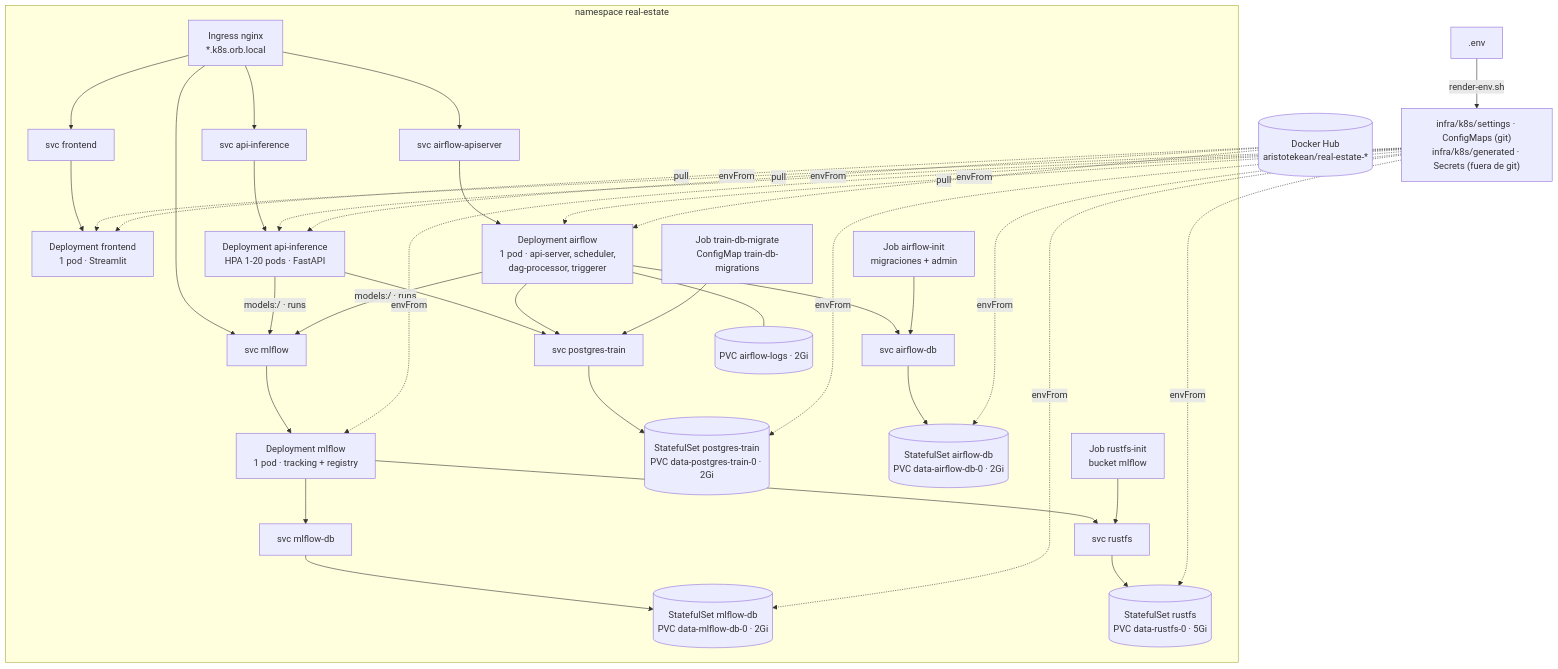
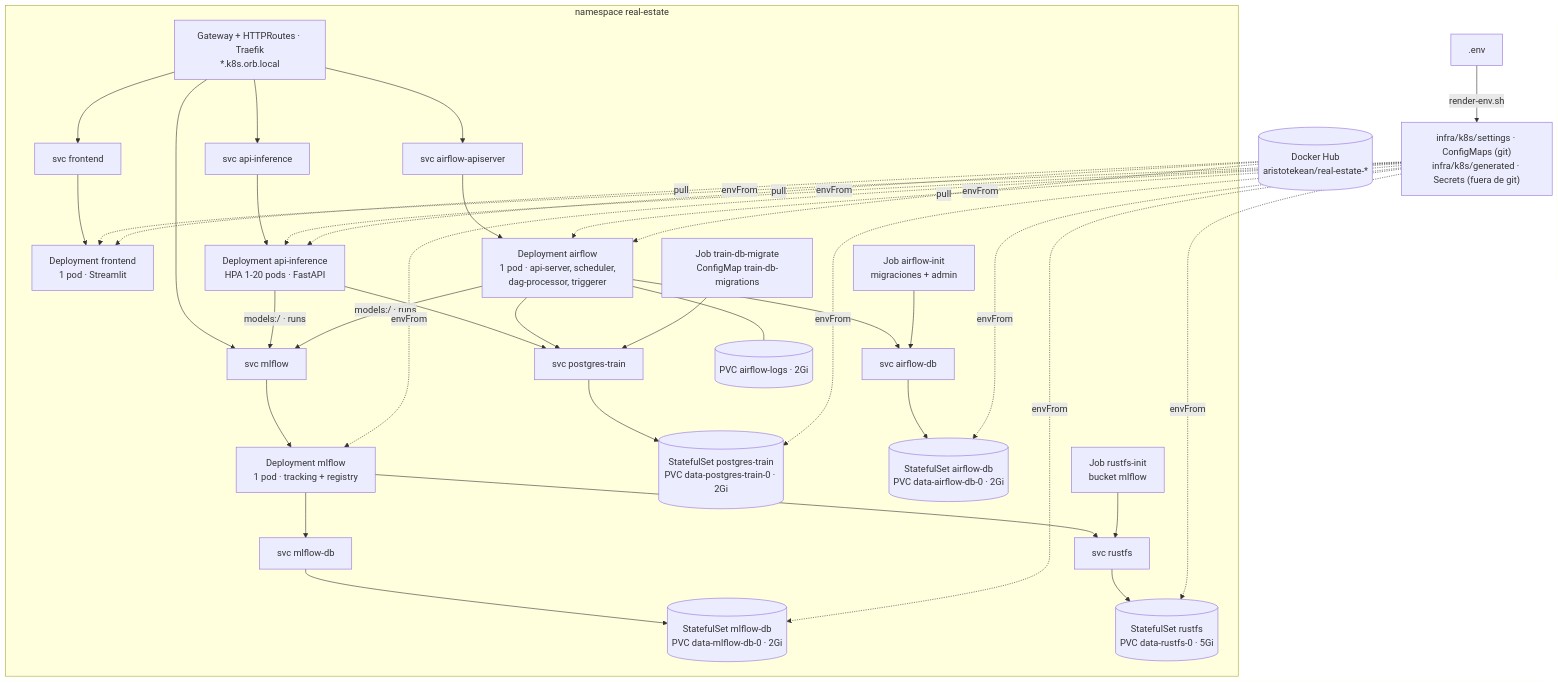
Before and after one commit to aristotekean/mlops-real-state-pricing: the second of 2 diagrams in README.md, drawn with Mermaid. The commit also changed other lines of this file and 16 other files, not shown here.

First line of the commit message:
feat(k8s): replace ingress-nginx with Gateway API on Traefik

````diff
--- a/README.md
+++ b/README.md
@@ -94,27 +101,27 @@
 ```mermaid
 flowchart TB
     env[".env"] -->|render-env.sh| gen["infra/k8s/settings · ConfigMaps (git)<br/>infra/k8s/generated · Secrets (fuera de git)"]
 
     subgraph ns["namespace real-estate"]
-        ing["Ingress nginx<br/>*.k8s.orb.local"]
+        ing["Gateway + HTTPRoutes · Traefik<br/>*.k8s.orb.local"]
         ing --> svcfe["svc frontend"] --> fe["Deployment frontend<br/>1 pod · Streamlit"]
         ing --> svcapi["svc api-inference"] --> api["Deployment api-inference<br/>HPA 1-20 pods · FastAPI"]
         ing --> svcml["svc mlflow"] --> ml["Deployment mlflow<br/>1 pod · tracking + registry"]
         ing --> svcaf["svc airflow-apiserver"] --> af["Deployment airflow<br/>1 pod · api-server, scheduler,<br/>dag-processor, triggerer"]
 
         api --> svcpt["svc postgres-train"] --> pt[("StatefulSet postgres-train<br/>PVC data-postgres-train-0 · 2Gi")]
         af --> svcpt
         af --> svcafdb["svc airflow-db"] --> afdb[("StatefulSet airflow-db<br/>PVC data-airflow-db-0 · 2Gi")]
         ml --> svcmldb["svc mlflow-db"] --> mldb[("StatefulSet mlflow-db<br/>PVC data-mlflow-db-0 · 2Gi")]
         ml --> svcrustfs["svc rustfs"] --> rustfs[("StatefulSet rustfs<br/>PVC data-rustfs-0 · 5Gi")]
         api & af -->|"models:/ · runs"| svcml
         af --- pvcaf[("PVC airflow-logs · 2Gi")]
 
         jmig["Job train-db-migrate<br/>ConfigMap train-db-migrations"] --> svcpt
         jrustfs["Job rustfs-init<br/>bucket mlflow"] --> svcrustfs
         jaf["Job airflow-init<br/>migraciones + admin"] --> svcafdb
     end
 
     gen -.->|envFrom| fe & api & ml & af & pt & afdb & mldb & rustfs
     hub[("Docker Hub<br/>aristotekean/real-estate-*")] -.->|pull| fe & api & af
 ```
````
